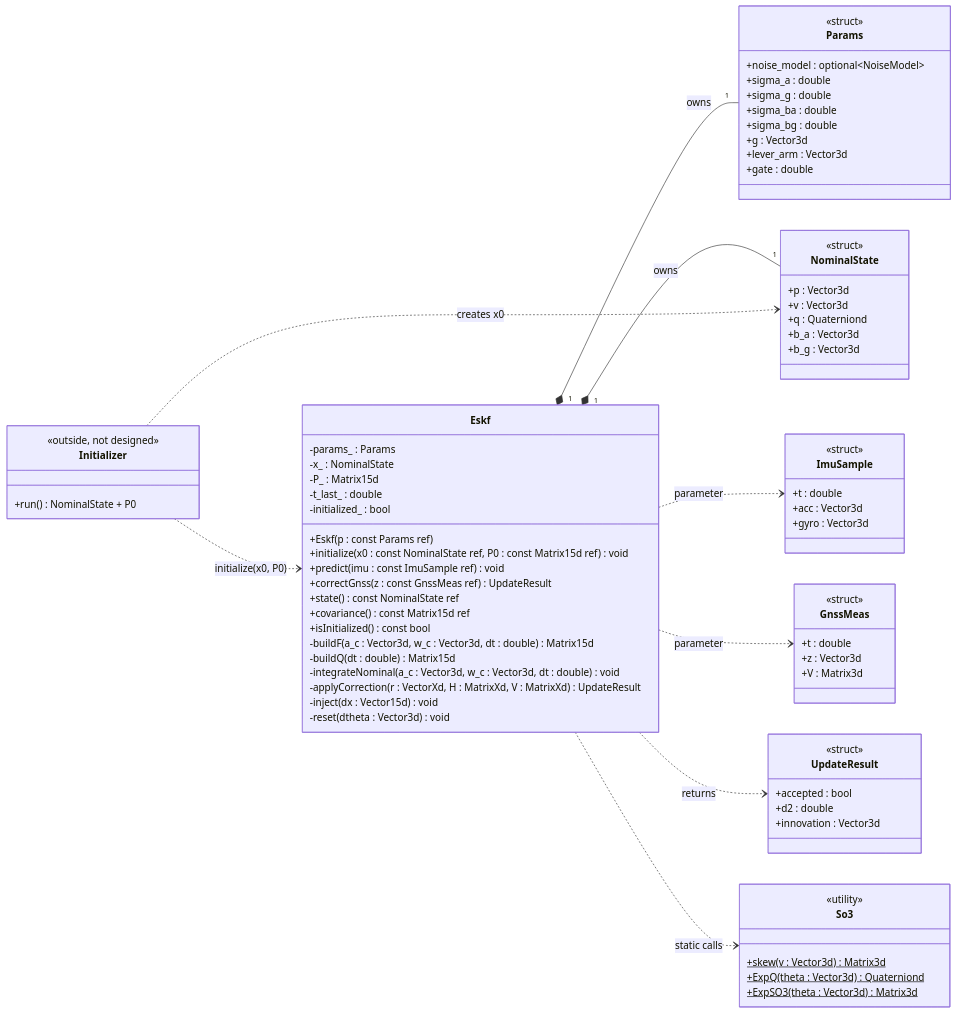
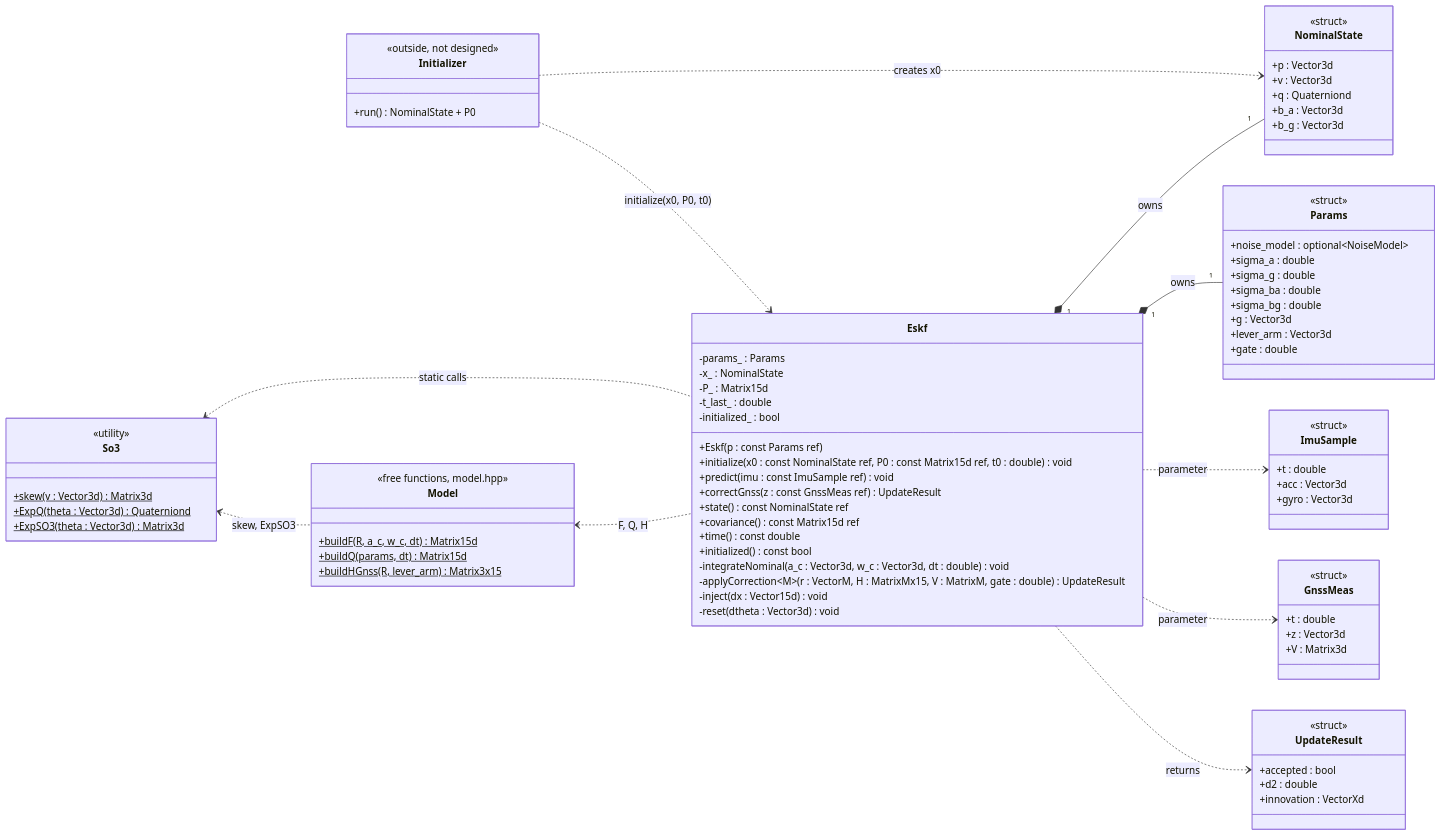
One commit to abdalrhmangamal12/brightdrive_localization changed the diagram in eskf/README.md. Above: the diagram before and after it, drawn with Mermaid. The commit also changed other lines of this file and 7 other files, not shown here.

Commit message:
eskf: shared applyCorrection<M>, gate 99 %, reset G — 29 tests

````diff
--- a/eskf/README.md
+++ b/eskf/README.md
@@ -28,16 +28,15 @@
         -t_last_ : double
         -initialized_ : bool
         +Eskf(p : const Params ref)
-        +initialize(x0 : const NominalState ref, P0 : const Matrix15d ref) void
+        +initialize(x0 : const NominalState ref, P0 : const Matrix15d ref, t0 : double) void
         +predict(imu : const ImuSample ref) void
         +correctGnss(z : const GnssMeas ref) UpdateResult
         +state() const NominalState ref
         +covariance() const Matrix15d ref
-        +isInitialized() const bool
-        -buildF(a_c : Vector3d, w_c : Vector3d, dt : double) Matrix15d
-        -buildQ(dt : double) Matrix15d
+        +time() const double
+        +initialized() const bool
         -integrateNominal(a_c : Vector3d, w_c : Vector3d, dt : double) void
-        -applyCorrection(r : VectorXd, H : MatrixXd, V : MatrixXd) UpdateResult
+        -applyCorrection~M~(r : VectorM, H : MatrixMx15, V : MatrixM, gate : double) UpdateResult
         -inject(dx : Vector15d) void
         -reset(dtheta : Vector3d) void
     }
@@ -81,7 +80,7 @@
         <<struct>>
         +accepted : bool
         +d2 : double
-        +innovation : Vector3d
+        +innovation : VectorXd
     }
 
     class So3 {
@@ -96,12 +95,21 @@
         +run() NominalState + P0
     }
 
+    class Model {
+        <<free functions, model.hpp>>
+        +buildF(R, a_c, w_c, dt)$ Matrix15d
+        +buildQ(params, dt)$ Matrix15d
+        +buildHGnss(R, lever_arm)$ Matrix3x15
+    }
+
     Eskf "1" *-- "1" Params : owns
     Eskf "1" *-- "1" NominalState : owns
     Eskf ..> ImuSample : parameter
     Eskf ..> GnssMeas : parameter
     Eskf ..> UpdateResult : returns
-    Eskf ..> So3 : static calls
-    Initializer ..> Eskf : initialize(x0, P0)
+    Model <.. Eskf : F, Q, H
+    So3 <.. Eskf : static calls
+    So3 <.. Model : skew, ExpSO3
+    Initializer ..> Eskf : initialize(x0, P0, t0)
     Initializer ..> NominalState : creates x0
 ```
````
